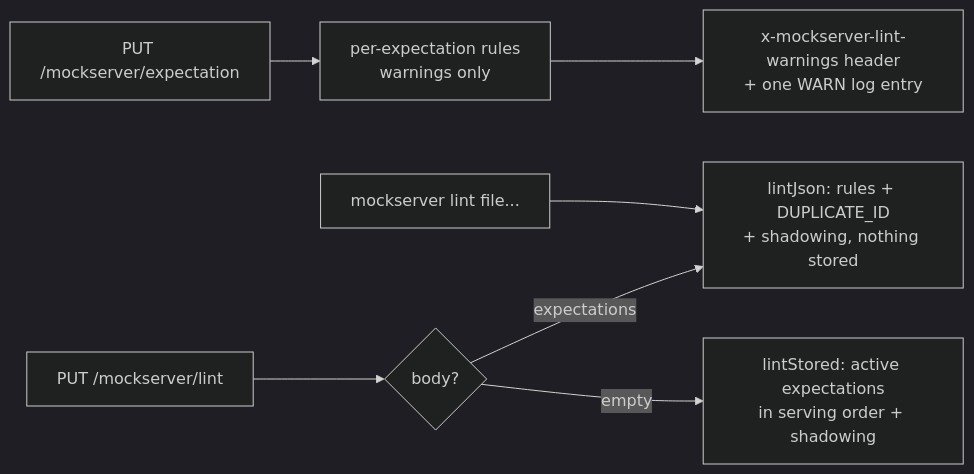
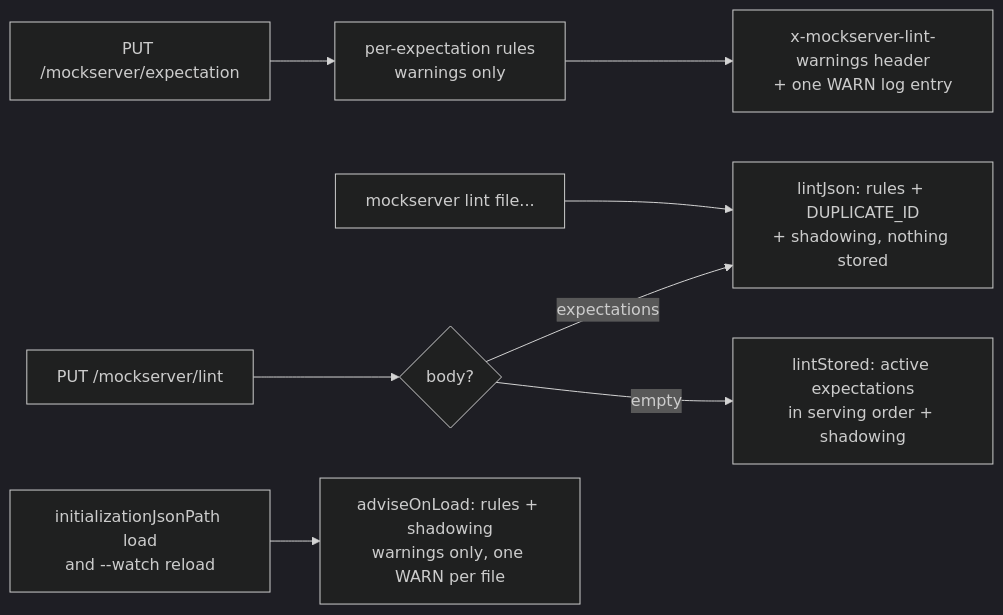
One commit to mock-server/mockserver changed the sixth of 21 diagrams in docs/code/request-processing.md. Above: the diagram before and after it, drawn with Mermaid (dark theme). The commit also changed other lines of this file and 11 other files, not shown here.

````diff
--- a/docs/code/request-processing.md
+++ b/docs/code/request-processing.md
@@ -504,13 +504,16 @@
 ```mermaid
 flowchart LR
     P["PUT /mockserver/expectation"] --> E["per-expectation rules
 warnings only"]
     E --> H["x-mockserver-lint-warnings header
 + one WARN log entry"]
     L["PUT /mockserver/lint"] --> B{"body?"}
     B -- "expectations" --> J["lintJson: rules + DUPLICATE_ID
 + shadowing, nothing stored"]
     B -- "empty" --> S["lintStored: active expectations
 in serving order + shadowing"]
     C["mockserver lint file..."] --> J
+    F["initializationJsonPath load
+and --watch reload"] --> O["adviseOnLoad: rules + shadowing
+warnings only, one WARN per file"]
 ```
````
